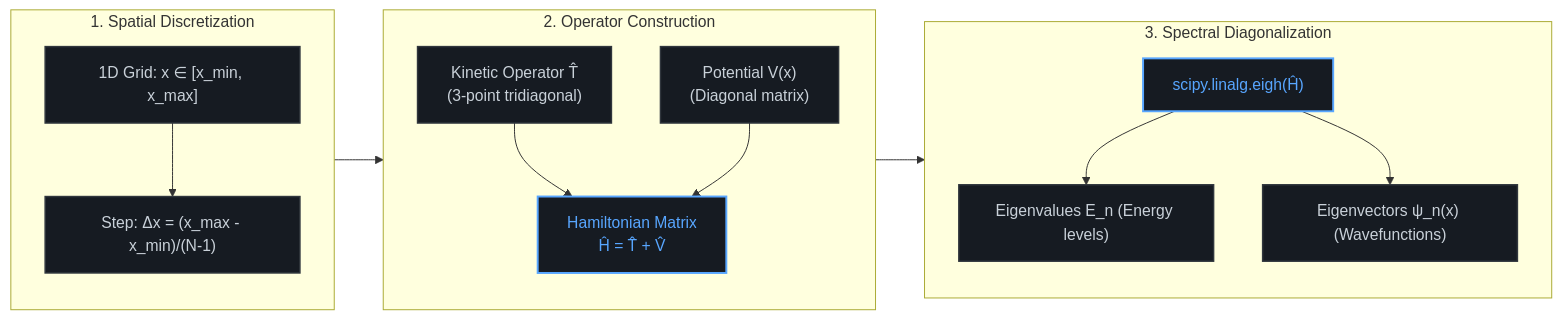
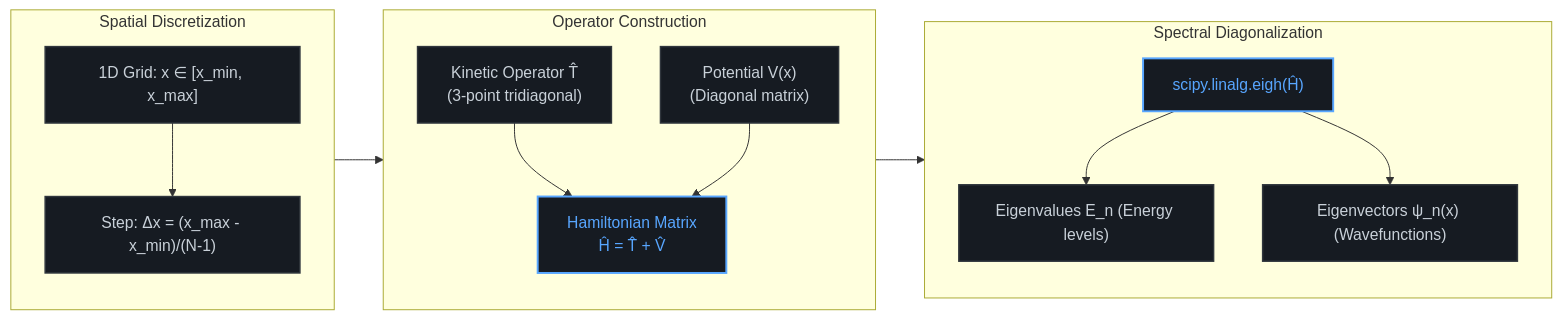
The diagram in README.md (Pau-Gallego-Cistero/computational-quantum-mechanics), drawn with Mermaid before and after one commit.

Commit message:
Fix formatting in README for clarity

````diff
--- a/README.md
+++ b/README.md
@@ -16,26 +16,26 @@
 ```mermaid
 flowchart LR
-    subgraph Grid ["1. Spatial Discretization"]
+    subgraph Grid ["Spatial Discretization"]
         direction TB
         A["1D Grid: x ∈ [x_min, x_max]"] --> B["Step: Δx = (x_max - x_min)/(N-1)"]
     end
 
-    subgraph Operator ["2. Operator Construction"]
+    subgraph Operator ["Operator Construction"]
         direction TB
         C["Kinetic Operator T̂<br/>(3-point tridiagonal)"]
         D["Potential V(x)<br/>(Diagonal matrix)"]
         C & D --> E["Hamiltonian Matrix<br/>Ĥ = T̂ + V̂"]
     end
 
-    subgraph Solver ["3. Spectral Diagonalization"]
+    subgraph Solver ["Spectral Diagonalization"]
         direction TB
         F["scipy.linalg.eigh(Ĥ)"] --> G["Eigenvalues E_n (Energy levels)"]
         F --> H["Eigenvectors ψ_n(x) (Wavefunctions)"]
     end
 
     Grid --> Operator --> Solver
 
     classDef default fill:#161b22,stroke:#30363d,stroke-width:1.5px,color:#c9d1d9;
     classDef highlight fill:#161b22,stroke:#58a6ff,stroke-width:2px,color:#58a6ff;
     class E,F highlight;
 ```
````
